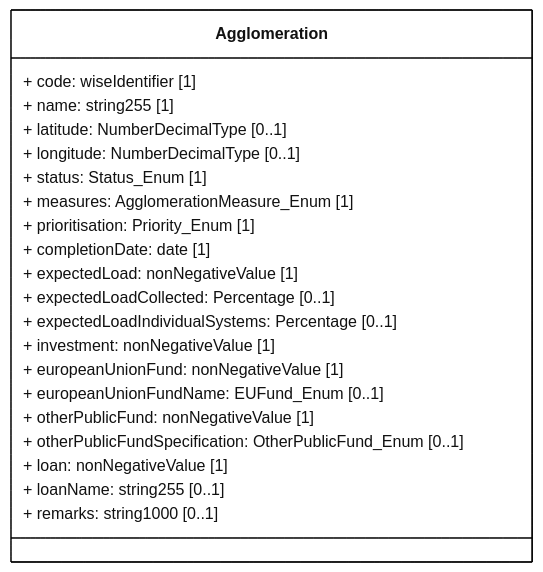
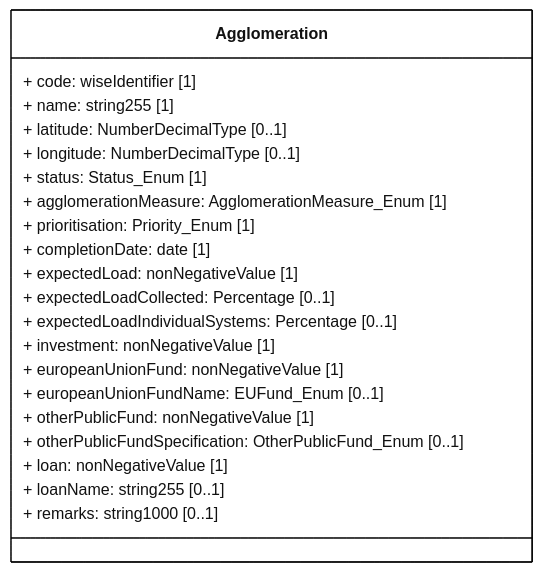
The diagram in docs/rUWWTD2024/Article23/mmd/Article23_Agglomeration_ClassDiagram.mmd (eeadata/WISE.UWWTD.Documentation), drawn with Mermaid before and after one commit. The commit also changed 6 other files, not shown here.

```diff
--- a/docs/rUWWTD2024/Article23/mmd/Article23_Agglomeration_ClassDiagram.mmd
+++ b/docs/rUWWTD2024/Article23/mmd/Article23_Agglomeration_ClassDiagram.mmd
@@ -1,36 +1,36 @@
 ---
 config:
   class:
     hideEmptyMembersBox: true
   layout: dagre
   theme: neutral
 ---
 classDiagram
 direction LR
 
 class Agglomeration{
     + code: wiseIdentifier [1]
     + name: string255 [1]
     + latitude: NumberDecimalType [0..1]
     + longitude: NumberDecimalType [0..1]
     + status: Status_Enum [1]
-    + measures: AgglomerationMeasure_Enum [1]
+    + agglomerationMeasure: AgglomerationMeasure_Enum [1]
     + prioritisation: Priority_Enum [1]
 
     + completionDate: date [1]
     + expectedLoad: nonNegativeValue [1]
     + expectedLoadCollected: Percentage [0..1]
     + expectedLoadIndividualSystems: Percentage [0..1]
 
     + investment: nonNegativeValue [1]
     + europeanUnionFund: nonNegativeValue [1]
     + europeanUnionFundName: EUFund_Enum [0..1]
     + otherPublicFund: nonNegativeValue [1]
     + otherPublicFundSpecification: OtherPublicFund_Enum [0..1]
     + loan: nonNegativeValue [1]
     + loanName: string255 [0..1]
     + remarks: string1000 [0..1]
 }
 
 classDef default fill:white,stroke:#000;
 classDef forFixing fill:white,stroke:#f00;
```
